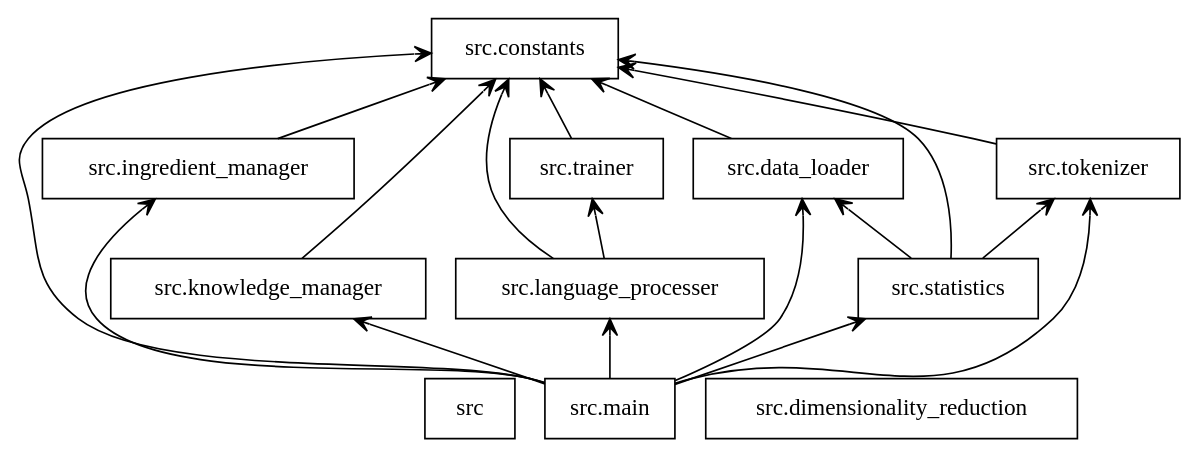
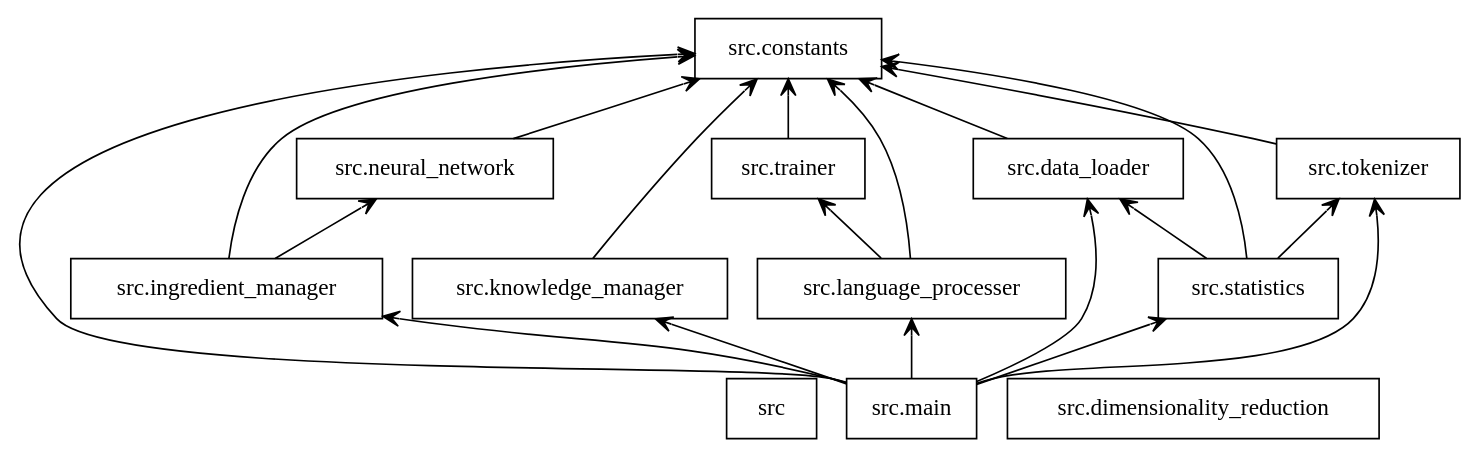
The diagram in packages.dot (AlbertoSierraLopez/TFGDietDecomposition), drawn with Graphviz before and after one commit. The commit also changed 1 other file, not shown here.

Commit message:
Nuevo diagrama de clases

```diff
--- a/packages.dot
+++ b/packages.dot
@@ -1,32 +1,35 @@
 digraph "packages" {
 rankdir=BT
 charset="utf-8"
 "src" [color="black", label="src", shape="box", style="solid"];
 "src.constants" [color="black", label="src.constants", shape="box", style="solid"];
 "src.data_loader" [color="black", label="src.data_loader", shape="box", style="solid"];
 "src.dimensionality_reduction" [color="black", label="src.dimensionality_reduction", shape="box", style="solid"];
 "src.ingredient_manager" [color="black", label="src.ingredient_manager", shape="box", style="solid"];
 "src.knowledge_manager" [color="black", label="src.knowledge_manager", shape="box", style="solid"];
 "src.language_processer" [color="black", label="src.language_processer", shape="box", style="solid"];
 "src.main" [color="black", label="src.main", shape="box", style="solid"];
+"src.neural_network" [color="black", label="src.neural_network", shape="box", style="solid"];
 "src.statistics" [color="black", label="src.statistics", shape="box", style="solid"];
 "src.tokenizer" [color="black", label="src.tokenizer", shape="box", style="solid"];
 "src.trainer" [color="black", label="src.trainer", shape="box", style="solid"];
 "src.data_loader" -> "src.constants" [arrowhead="open", arrowtail="none"];
 "src.ingredient_manager" -> "src.constants" [arrowhead="open", arrowtail="none"];
+"src.ingredient_manager" -> "src.neural_network" [arrowhead="open", arrowtail="none"];
 "src.knowledge_manager" -> "src.constants" [arrowhead="open", arrowtail="none"];
 "src.language_processer" -> "src.constants" [arrowhead="open", arrowtail="none"];
 "src.language_processer" -> "src.trainer" [arrowhead="open", arrowtail="none"];
 "src.main" -> "src.constants" [arrowhead="open", arrowtail="none"];
 "src.main" -> "src.data_loader" [arrowhead="open", arrowtail="none"];
 "src.main" -> "src.ingredient_manager" [arrowhead="open", arrowtail="none"];
 "src.main" -> "src.knowledge_manager" [arrowhead="open", arrowtail="none"];
 "src.main" -> "src.language_processer" [arrowhead="open", arrowtail="none"];
 "src.main" -> "src.statistics" [arrowhead="open", arrowtail="none"];
 "src.main" -> "src.tokenizer" [arrowhead="open", arrowtail="none"];
+"src.neural_network" -> "src.constants" [arrowhead="open", arrowtail="none"];
 "src.statistics" -> "src.constants" [arrowhead="open", arrowtail="none"];
 "src.statistics" -> "src.data_loader" [arrowhead="open", arrowtail="none"];
 "src.statistics" -> "src.tokenizer" [arrowhead="open", arrowtail="none"];
 "src.tokenizer" -> "src.constants" [arrowhead="open", arrowtail="none"];
 "src.trainer" -> "src.constants" [arrowhead="open", arrowtail="none"];
 }
```
